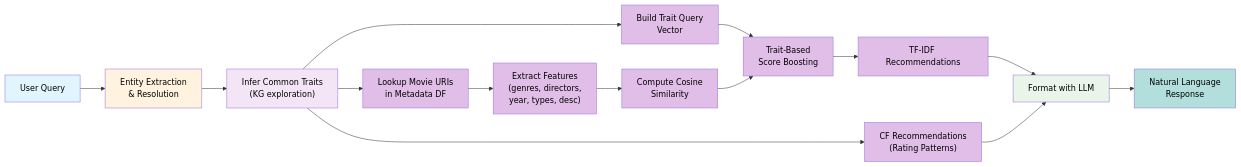
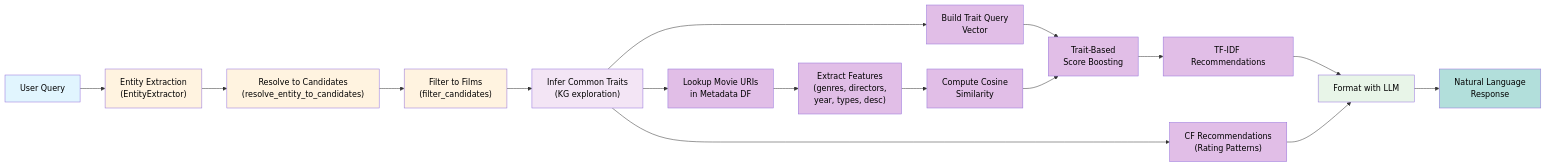
The seventh of 8 diagrams in README.md (schneialexan/atai-chatbot), drawn with Mermaid before and after one commit. The commit also changed other lines of this file and 6 other files, not shown here.

Commit message:
new entity extractor for reusing in different handlers

````diff
--- a/README.md
+++ b/README.md
@@ -400,31 +484,35 @@
 ```mermaid
 flowchart LR
-    A["User Query"] --> B["Entity Extraction<br>& Resolution"]
-    B --> C["Infer Common Traits<br>(KG exploration)"]
+    A["User Query"] --> B1["Entity Extraction<br>(EntityExtractor)"]
+    B1 --> B2["Resolve to Candidates<br>(resolve_entity_to_candidates)"]
+    B2 --> B3["Filter to Films<br>(filter_candidates)"]
+    B3 --> C["Infer Common Traits<br>(KG exploration)"]
     
     C --> D1["Lookup Movie URIs<br>in Metadata DF"]
     D1 --> D2["Extract Features<br>(genres, directors,<br>year, types, desc)"]
     D2 --> D3["Compute Cosine<br>Similarity"]
     C --> D4["Build Trait Query<br>Vector"]
     D4 --> D5["Trait-Based<br>Score Boosting"]
     D3 --> D5
     D5 --> D["TF-IDF Recommendations"]
     
     C --> E["CF Recommendations<br>(Rating Patterns)"]
     D --> F["Format with LLM"]
     E --> F
     F --> G["Natural Language<br>Response"]
     
     style A fill:#e1f5fe,color:#000000
-    style B fill:#fff3e0,color:#000000
+    style B1 fill:#fff3e0,color:#000000
+    style B2 fill:#fff3e0,color:#000000
+    style B3 fill:#fff3e0,color:#000000
     style C fill:#f3e5f5,color:#000000
     style D1 fill:#e1bee7,color:#000000
     style D2 fill:#e1bee7,color:#000000
     style D3 fill:#e1bee7,color:#000000
     style D4 fill:#e1bee7,color:#000000
     style D5 fill:#e1bee7,color:#000000
     style D fill:#e1bee7,color:#000000
     style E fill:#e1bee7,color:#000000
     style F fill:#e8f5e8,color:#000000
     style G fill:#b2dfdb,color:#000000
 ```
````
